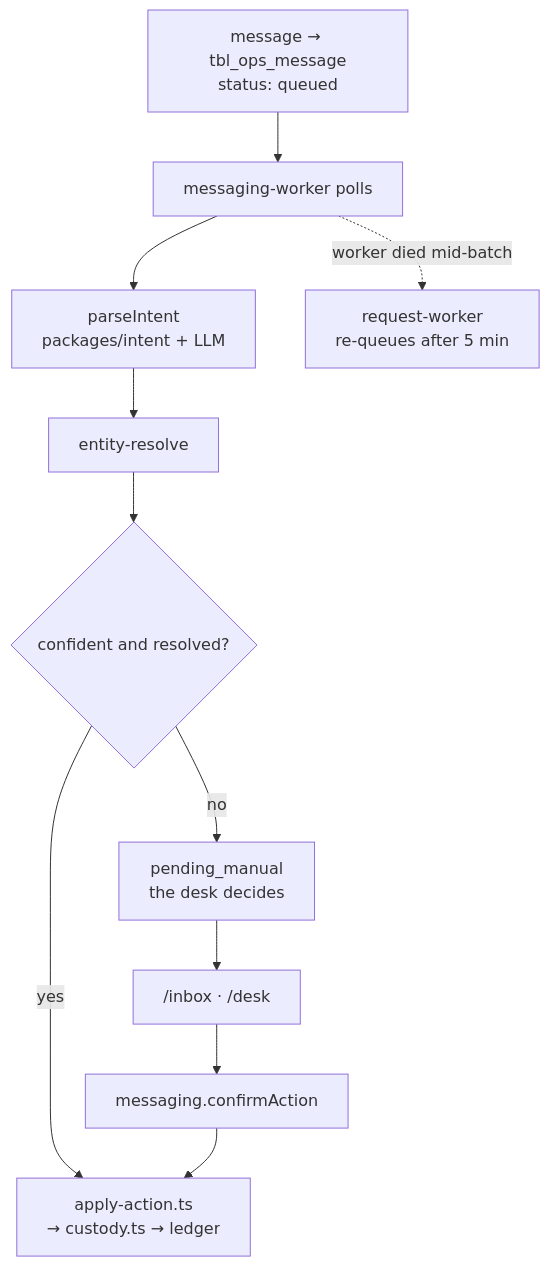
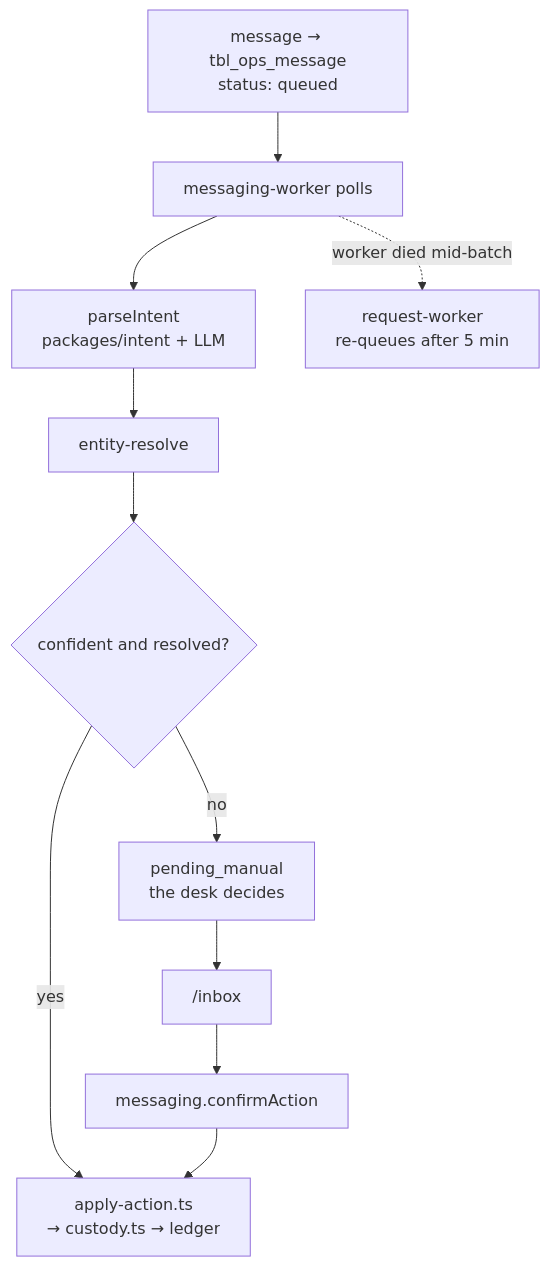
The third of 4 diagrams in docs/architecture/04-data-flow.md (adds08/Optix), drawn with Mermaid before and after one commit. The commit also changed 27 other files, not shown here.

````diff
--- a/docs/architecture/04-data-flow.md
+++ b/docs/architecture/04-data-flow.md
@@ -88,13 +88,13 @@
 ```mermaid
 flowchart TD
     M["message → tbl_ops_message<br/>status: queued"] --> W[messaging-worker polls]
     W --> PI["parseIntent<br/>packages/intent + LLM"]
     PI --> ER[entity-resolve]
     ER --> D{confident and resolved?}
     D -->|yes| AA["apply-action.ts<br/>→ custody.ts → ledger"]
     D -->|no| PM["pending_manual<br/>the desk decides"]
-    PM --> IB["/inbox · /desk"]
+    PM --> IB["/inbox"]
     IB --> CA["messaging.confirmAction"]
     CA --> AA
     W -.->|worker died mid-batch| RW["request-worker<br/>re-queues after 5 min"]
 ```
````
